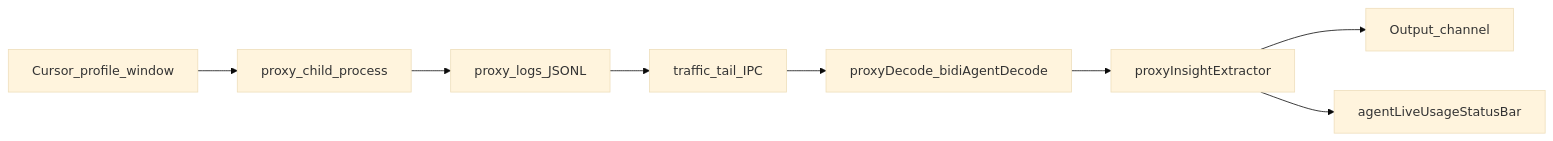
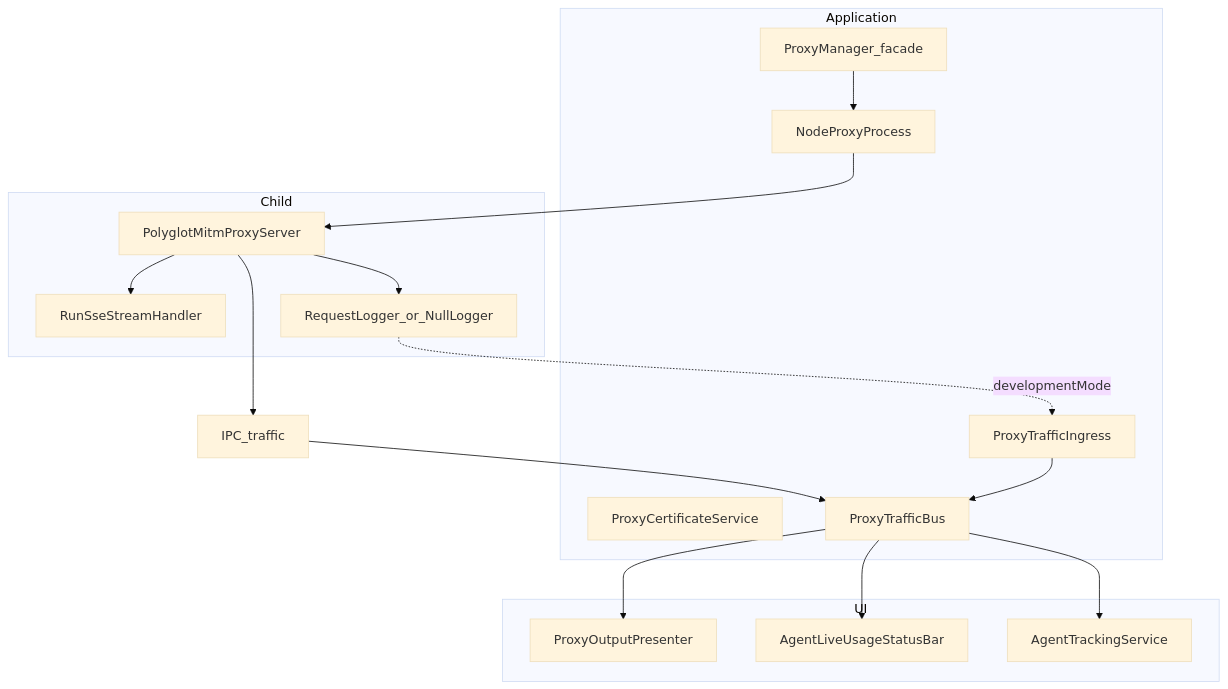
Before and after one commit to vypdev/cursor-accounts: the fifth of 5 diagrams in docs/ARCHITECTURE.md, drawn with Mermaid (base theme). The commit also changed other lines of this file and 90 other files, not shown here.

````diff
--- a/docs/ARCHITECTURE.md
+++ b/docs/ARCHITECTURE.md
@@ -316,10 +317,31 @@
 ```mermaid
-flowchart LR
-  Cursor[Cursor_profile_window] --> Proxy[proxy_child_process]
-  Proxy --> Logs[proxy_logs_JSONL]
-  Logs --> Tail[traffic_tail_IPC]
-  Tail --> Decode[proxyDecode_bidiAgentDecode]
-  Decode --> Insights[proxyInsightExtractor]
-  Insights --> Out[Output_channel]
-  Insights --> LiveBar[agentLiveUsageStatusBar]
+flowchart TB
+  subgraph Application
+    PM[ProxyManager_facade]
+    PP[NodeProxyProcess]
+    CB[ProxyCertificateService]
+    TB[ProxyTrafficBus]
+    TI[ProxyTrafficIngress]
+  end
+  subgraph Child
+    MITM[PolyglotMitmProxyServer]
+    RSSE[RunSseStreamHandler]
+    LOG[RequestLogger_or_NullLogger]
+  end
+  subgraph UI
+    OUT[ProxyOutputPresenter]
+    BAR[AgentLiveUsageStatusBar]
+    AT[AgentTrackingService]
+  end
+  PM --> PP
+  PP --> MITM
+  MITM --> RSSE
+  MITM --> LOG
+  MITM --> IPC[IPC_traffic]
+  IPC --> TB
+  LOG -.->|developmentMode| TI
+  TI --> TB
+  TB --> AT
+  TB --> OUT
+  TB --> BAR
 ```
````
